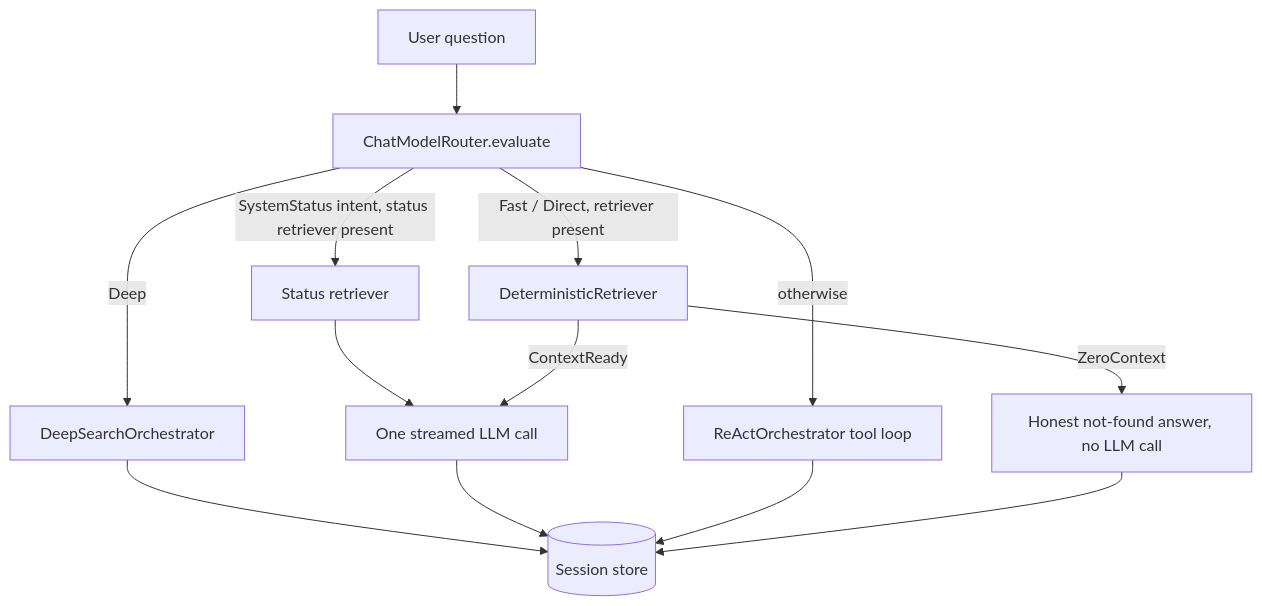
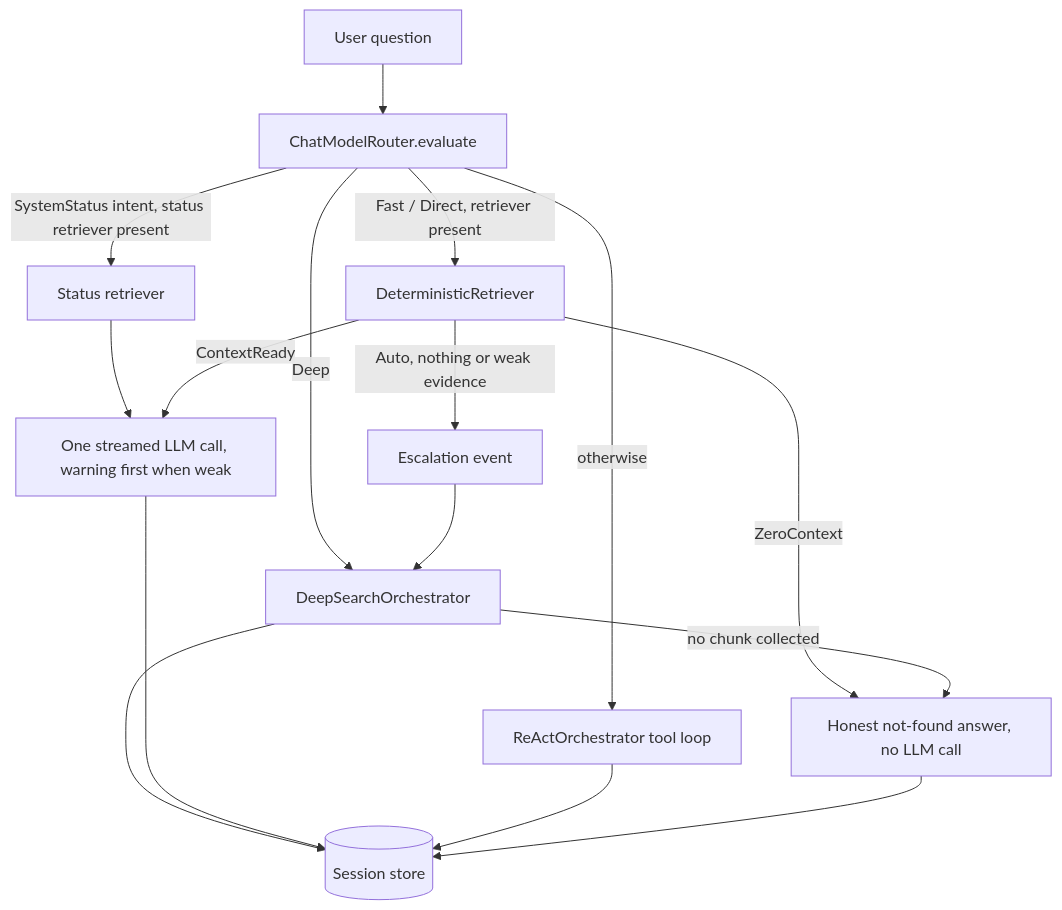
The diagram in docs/architecture/agent.md (Levix-Digital/any-context), drawn with Mermaid before and after one commit. The commit also changed other lines of this file and 8 other files, not shown here.

````diff
--- a/docs/architecture/agent.md
+++ b/docs/architecture/agent.md
@@ -36,12 +36,14 @@
 ```mermaid
 flowchart TD
     Q[User question] --> R[ChatModelRouter.evaluate]
     R -->|SystemStatus intent, status retriever present| SR[Status retriever]
     SR --> ONE
     R -->|Deep| DS[DeepSearchOrchestrator]
     R -->|Fast / Direct, retriever present| DR[DeterministicRetriever]
+    DR -->|Auto, nothing or weak evidence| E[Escalation event] --> DS
     DR -->|ZeroContext| Z[Honest not-found answer, no LLM call]
-    DR -->|ContextReady| ONE[One streamed LLM call]
+    DR -->|ContextReady| ONE[One streamed LLM call, warning first when weak]
+    DS -->|no chunk collected| Z
     R -->|otherwise| RE[ReActOrchestrator tool loop]
     DS & ONE & RE & Z --> S[(Session store)]
 ```
````
